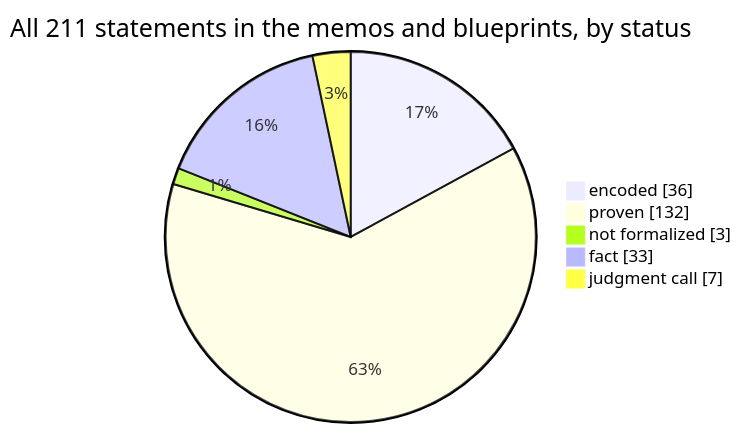
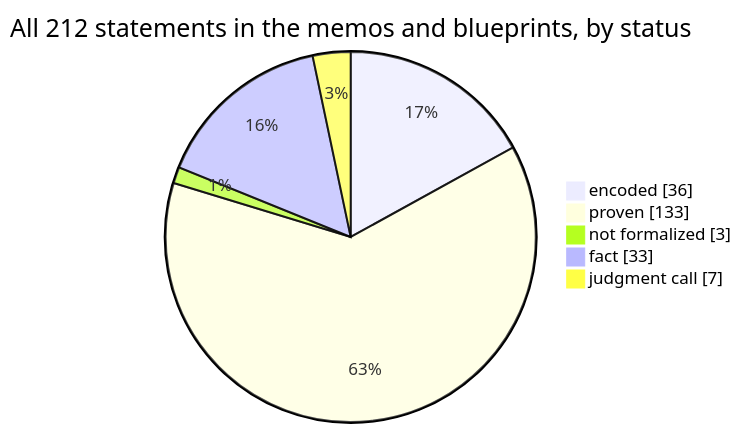
The first of 4 diagrams in docs/graphs/dashboard.md (SeanWMurray/Canteen), drawn with Mermaid before and after one commit. The commit also changed other lines of this file and 16 other files, not shown here.

````diff
--- a/docs/graphs/dashboard.md
+++ b/docs/graphs/dashboard.md
@@ -11,8 +11,8 @@
 ```mermaid
-pie showData title All 211 statements in the memos and blueprints, by status
+pie showData title All 212 statements in the memos and blueprints, by status
     "encoded" : 36
-    "proven" : 132
+    "proven" : 133
     "not formalized" : 3
     "fact" : 33
     "judgment call" : 7
 ```
````
